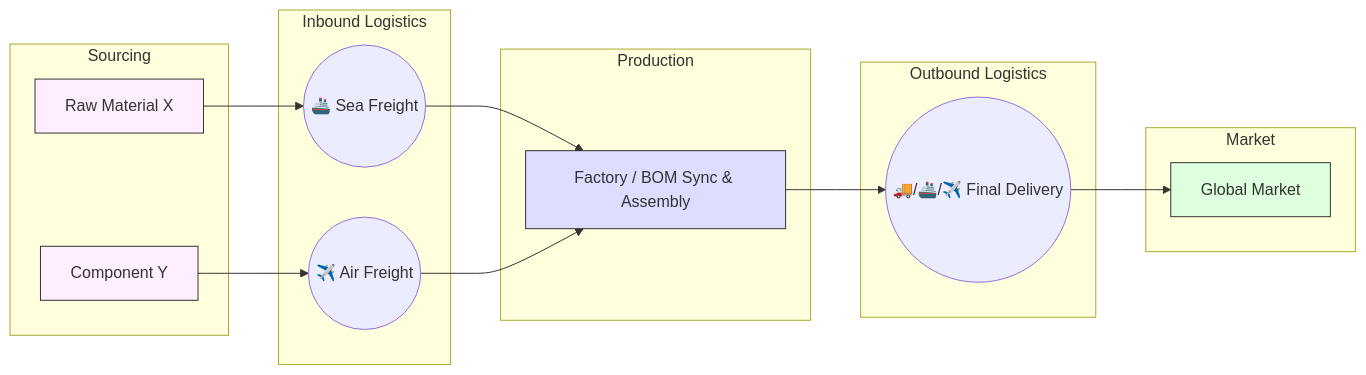
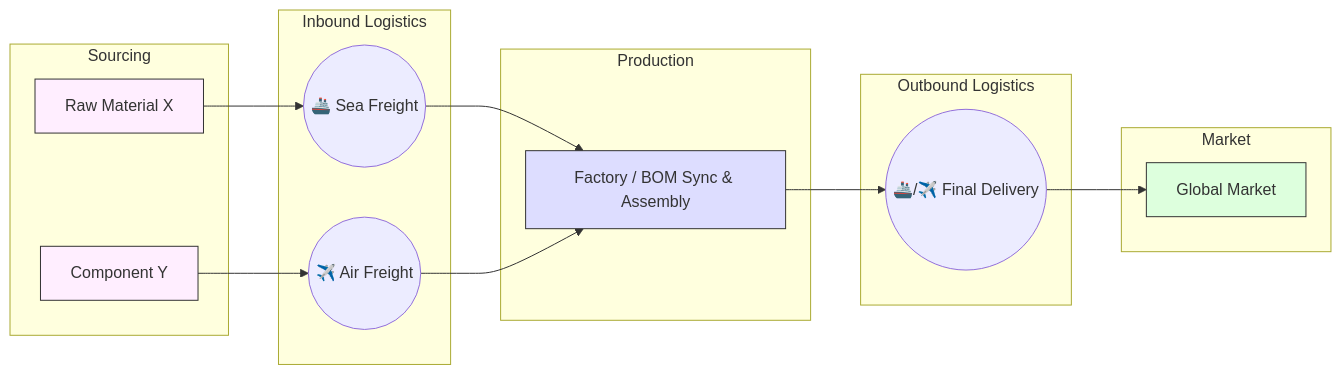
Before and after one commit to miumigy/gsctycn: the first of 3 diagrams in README.md, drawn with Mermaid. The commit also changed 1 other file, not shown here.

Commit message:
docs: remove truck from outbound logistics in Mermaid diagrams

````diff
--- a/README.md
+++ b/README.md
@@ -14,36 +14,36 @@
 ```mermaid
 graph LR
     subgraph Sourcing ["Sourcing"]
         RM[Raw Material X]
         PT[Component Y]
     end
 
     subgraph Inbound ["Inbound Logistics"]
         Air((✈️ Air Freight))
         Sea((🚢 Sea Freight))
     end
 
     subgraph Production ["Production"]
         Fact[Factory / BOM Sync & Assembly]
     end
 
     subgraph Outbound ["Outbound Logistics"]
-        Delivery((🚚/🚢/✈️ Final Delivery))
+        Delivery((🚢/✈️ Final Delivery))
     end
 
     subgraph Distribution ["Market"]
         Mkt[Global Market]
     end
 
     RM --> Sea
     PT --> Air
     Sea --> Fact
     Air --> Fact
     Fact --> Delivery
     Delivery --> Mkt
 
     style RM fill:#fef,stroke:#333
     style PT fill:#fef,stroke:#333
     style Fact fill:#ddf,stroke:#333
     style Mkt fill:#dfd,stroke:#333
 ```
````
